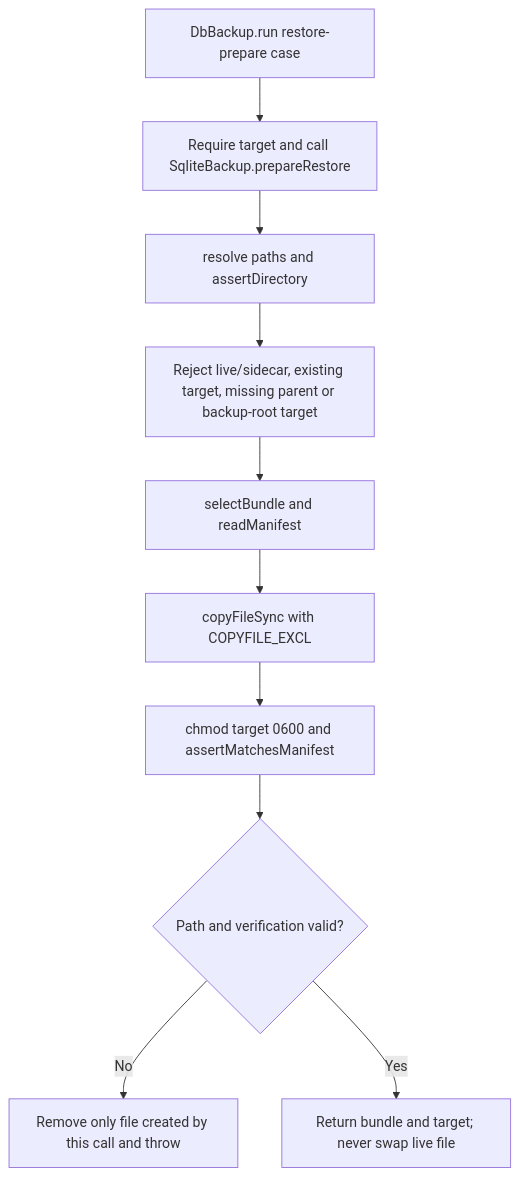
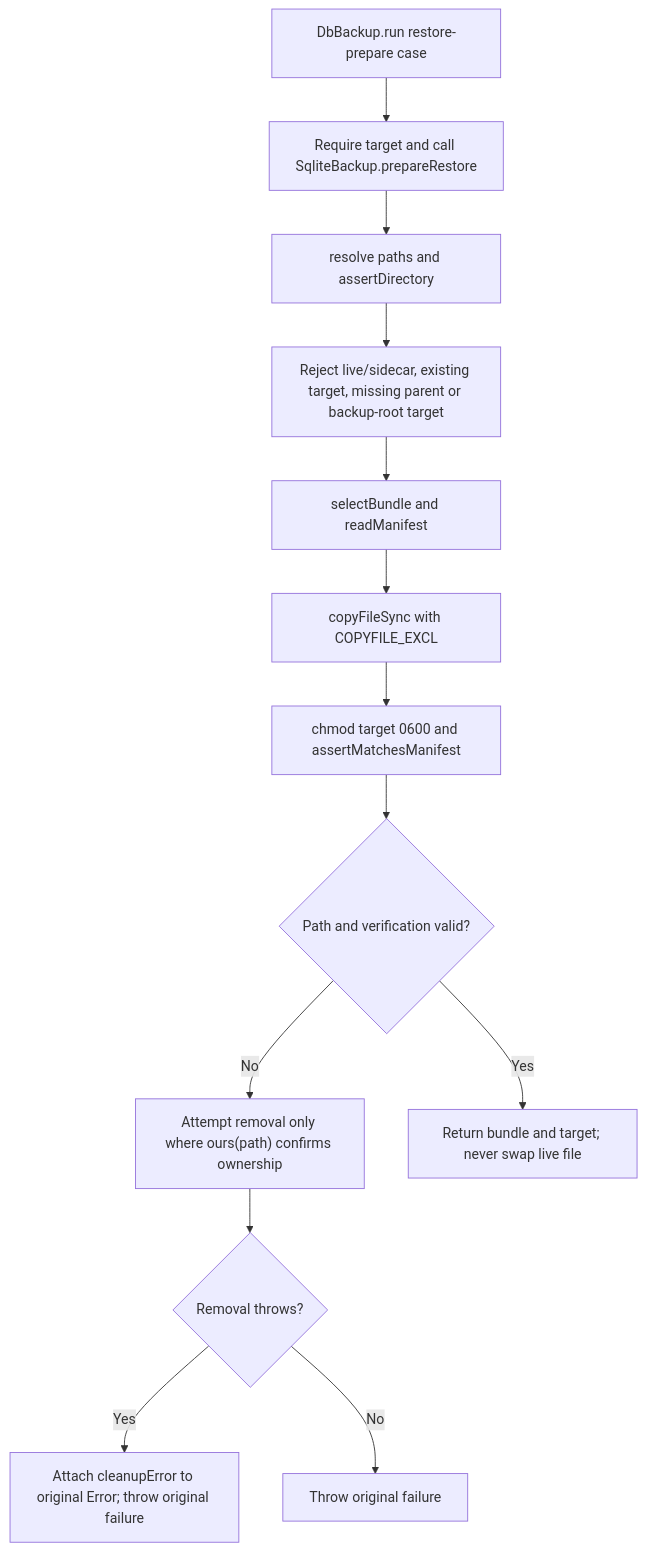
Before and after one commit to Kevinjohn/oss-adonisjs-sqlite-backup: the second of 2 diagrams in user-stories/prepare-restore/us-op-04-prepare-restore.md, drawn with Mermaid. The commit also changed other lines of this file and 2 other files, not shown here.

````diff
--- a/user-stories/prepare-restore/us-op-04-prepare-restore.md
+++ b/user-stories/prepare-restore/us-op-04-prepare-restore.md
@@ -43,12 +46,15 @@
 ```mermaid
 flowchart TD
     A["DbBackup.run restore-prepare case"] --> B["Require target and call SqliteBackup.prepareRestore"]
     B --> C["resolve paths and assertDirectory"]
     C --> D["Reject live/sidecar, existing target, missing parent or backup-root target"]
     D --> E["selectBundle and readManifest"]
     E --> F["copyFileSync with COPYFILE_EXCL"]
     F --> G["chmod target 0600 and assertMatchesManifest"]
     G --> H{"Path and verification valid?"}
-    H -->|No| I["Remove only file created by this call and throw"]
+    H -->|No| I["Attempt removal only where ours(path) confirms ownership"]
+    I --> K{"Removal throws?"}
+    K -->|Yes| L["Attach cleanupError to original Error; throw original failure"]
+    K -->|No| M["Throw original failure"]
     H -->|Yes| J["Return bundle and target; never swap live file"]
 ```
````
